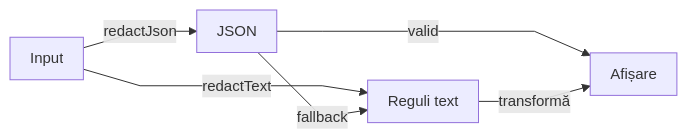
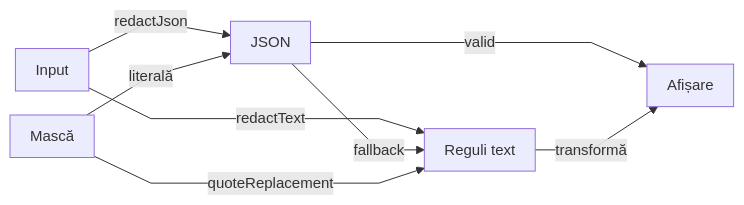
The diagram in atf-core/src/main/java/atf/core/security/README.md (crististefanita/atf_j0), drawn with Mermaid before and after one commit. The commit also changed other lines of this file and 77 other files, not shown here.

````diff
--- a/atf-core/src/main/java/atf/core/security/README.md
+++ b/atf-core/src/main/java/atf/core/security/README.md
@@ -22,9 +22,11 @@
 ```mermaid
 %%{init: {"themeVariables":{"fontSize":"15px"},"themeCSS":".nodeLabel, .nodeLabel p { font-size: 15px !important; line-height: 1.35 !important; } .edgeLabel, .edgeLabel p { font-size: 12px !important; font-weight: 400 !important; line-height: 1.2 !important; } .edgeLabel .labelBkg, .edgeLabel p { background: transparent !important; } .edgeLabel foreignObject { transform: translateY(-18px); overflow: visible; } .node rect { rx: 6px; ry: 6px; }","flowchart":{"curve":"linear","nodeSpacing":24,"rankSpacing":40,"padding":10,"diagramPadding":16}}}%%
 flowchart LR
     Input["Input"] -->|redactJson| Json["JSON"]
     Input -->|redactText| Text["Reguli text"]
     Json -->|fallback| Text
     Json -->|valid| Output["Afișare"]
     Text -->|transformă| Output
+    Mask["Mască"] -->|literală| Json
+    Mask -->|quoteReplacement| Text
 ```
````
